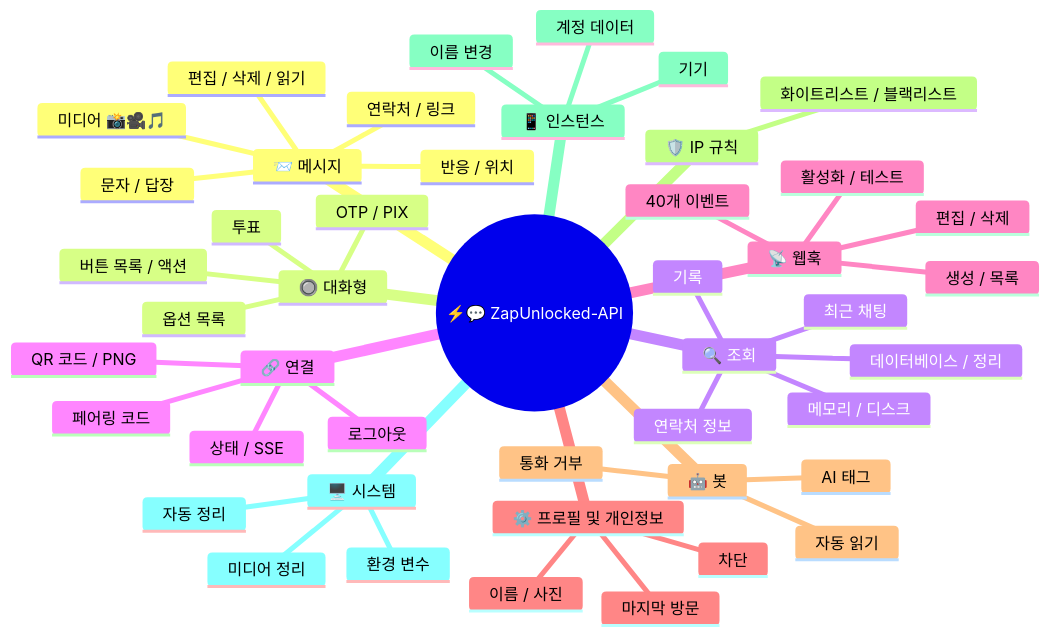
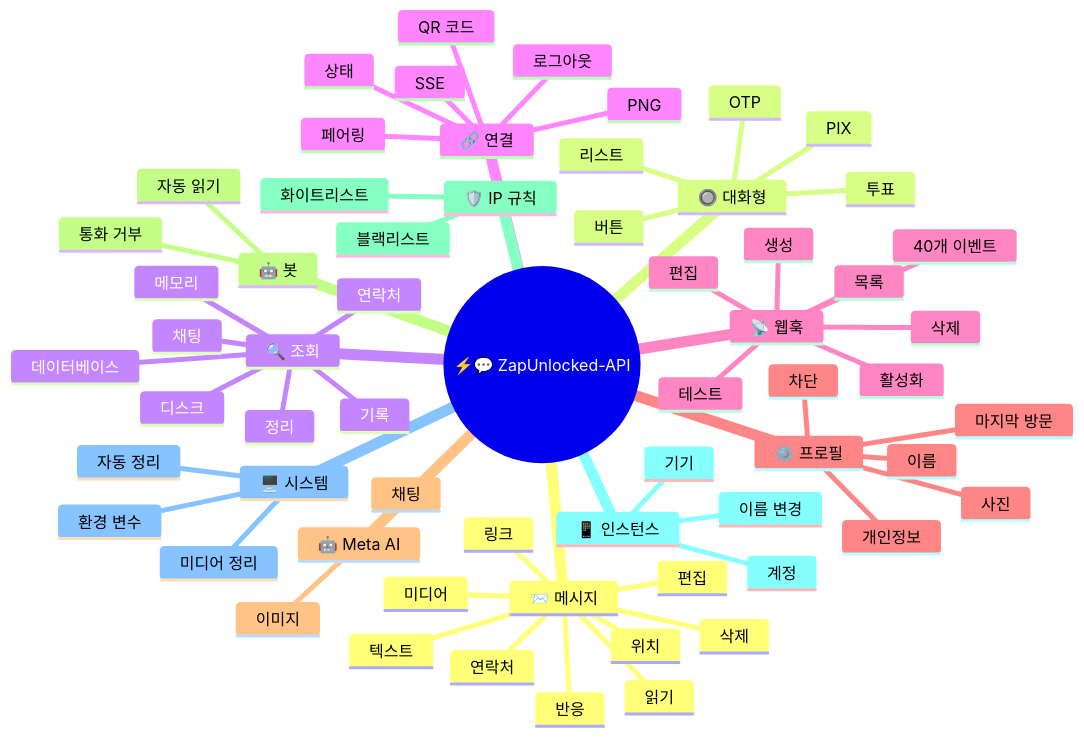
One commit to kauafpssx/ZapUnlocked-API changed the first of 2 diagrams in docs/translations/ko.md. Above: the diagram before and after it, drawn with Mermaid. The commit also changed other lines of this file and 12 other files, not shown here.

````diff
--- a/docs/translations/ko.md
+++ b/docs/translations/ko.md
@@ -55,49 +56,75 @@
 ```mermaid
 mindmap
   root((⚡💬 ZapUnlocked-API))
     📨 메시지
-      문자 / 답장
-      미디어 📸🎥🎵
-      반응 / 위치
-      연락처 / 링크
-      편집 / 삭제 / 읽기
+      텍스트
+      미디어
+      반응
+      위치
+      연락처
+      링크
+      편집
+      삭제
+      읽기
+
     🔘 대화형
-      버튼 목록 / 액션
-      OTP / PIX
-      옵션 목록
+      버튼
+      리스트
+      OTP
+      PIX
       투표
+
     🔍 조회
-      연락처 정보
+      연락처
       기록
-      최근 채팅
-      메모리 / 디스크
-      데이터베이스 / 정리
+      채팅
+      메모리
+      디스크
+      데이터베이스
+      정리
+
     🔗 연결
-      상태 / SSE
-      QR 코드 / PNG
-      페어링 코드
+      상태
+      SSE
+      QR 코드
+      PNG
+      페어링
       로그아웃
+
     📡 웹훅
-       생성 / 목록
-       편집 / 삭제
-       활성화 / 테스트
-       40개 이벤트
-    ⚙️ 프로필 및 개인정보
-      이름 / 사진
+      생성
+      목록
+      편집
+      삭제
+      활성화
+      테스트
+      40개 이벤트
+
+    ⚙️ 프로필
+      이름
+      사진
+      개인정보
       마지막 방문
       차단
+
+    🤖 Meta AI
+      채팅
+      이미지
     🤖 봇
-      AI 태그
+      자동 읽기
       통화 거부
-      자동 읽기
+
     🛡️ IP 규칙
-      화이트리스트 / 블랙리스트
+      화이트리스트
+      블랙리스트
+
     📱 인스턴스
-      계정 데이터
+      계정
       기기
       이름 변경
+
     🖥️ 시스템
       환경 변수
       미디어 정리
       자동 정리
 ```
````
